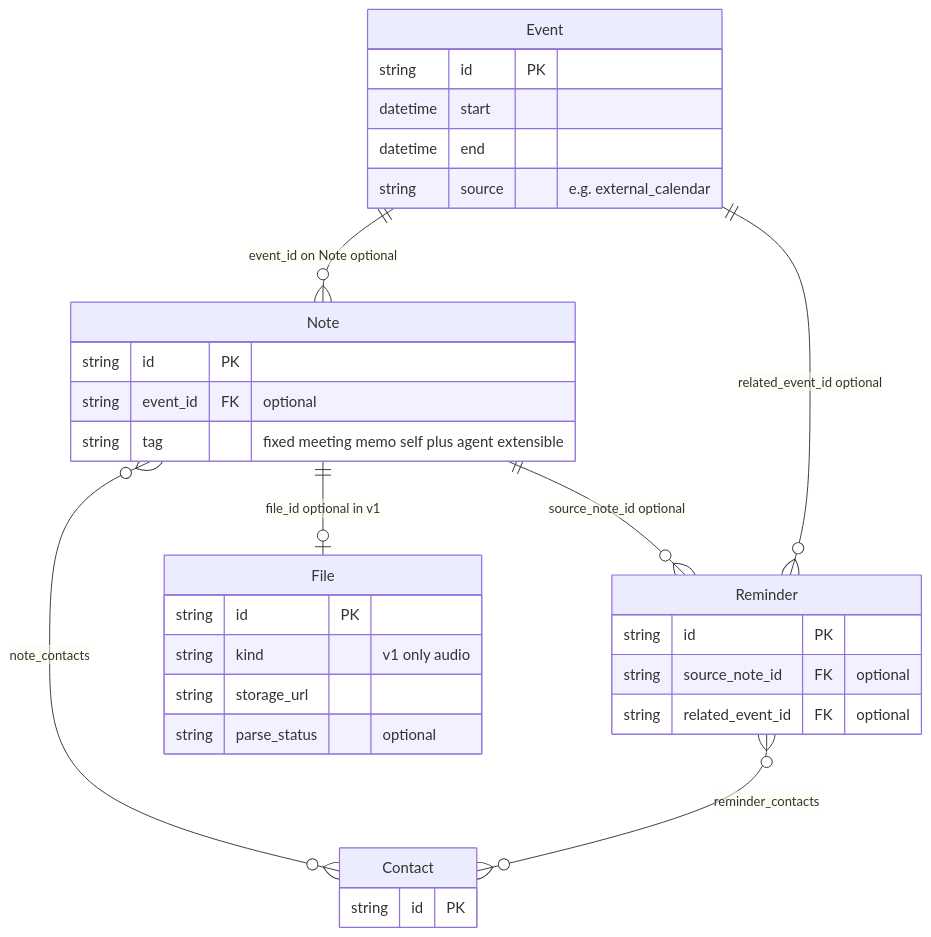
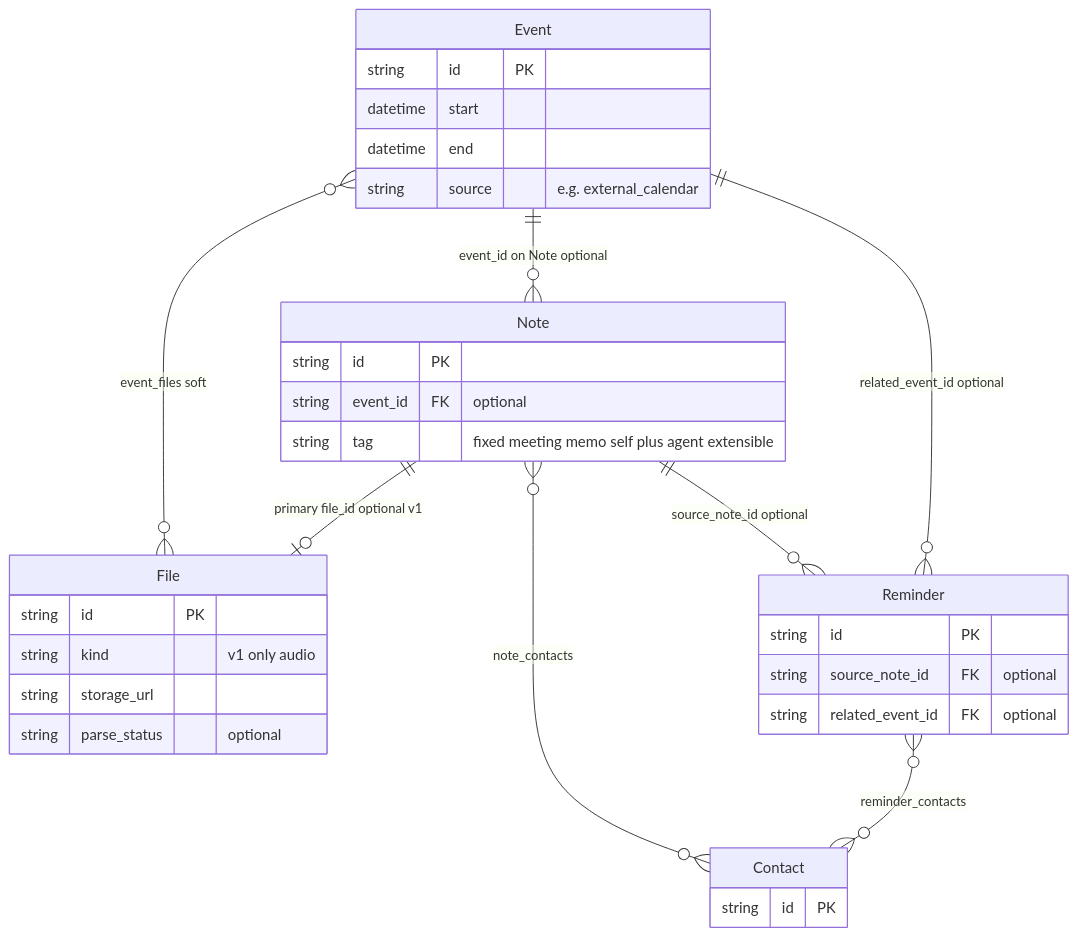
One commit to IgniteTheSpark/bizcard changed the second of 4 diagrams in bizcard-3.0-phase2/ASSET_MODEL_AND_RELATIONS.md. Above: the diagram before and after it, drawn with Mermaid. The commit also changed other lines of this file and 6 other files, not shown here.

````diff
--- a/bizcard-3.0-phase2/ASSET_MODEL_AND_RELATIONS.md
+++ b/bizcard-3.0-phase2/ASSET_MODEL_AND_RELATIONS.md
@@ -70,39 +72,40 @@
 ```mermaid
 erDiagram
   Event ||--o{ Note : "event_id on Note optional"
+  Event }o--o{ File : "event_files soft"
   Note }o--o{ Contact : "note_contacts"
   Note ||--o{ Reminder : "source_note_id optional"
   Event ||--o{ Reminder : "related_event_id optional"
   Reminder }o--o{ Contact : "reminder_contacts"
-  Note ||--o| File : "file_id optional in v1"
+  Note ||--o| File : "primary file_id optional v1"
 
   Note {
     string id PK
     string event_id FK "optional"
     string tag "fixed meeting memo self plus agent extensible"
   }
 
   Event {
     string id PK
     datetime start
     datetime end
     string source "e.g. external_calendar"
   }
 
   Reminder {
     string id PK
     string source_note_id FK "optional"
     string related_event_id FK "optional"
   }
 
   Contact {
     string id PK
   }
 
   File {
     string id PK
     string kind "v1 only audio"
     string storage_url
     string parse_status "optional"
   }
 ```
````
